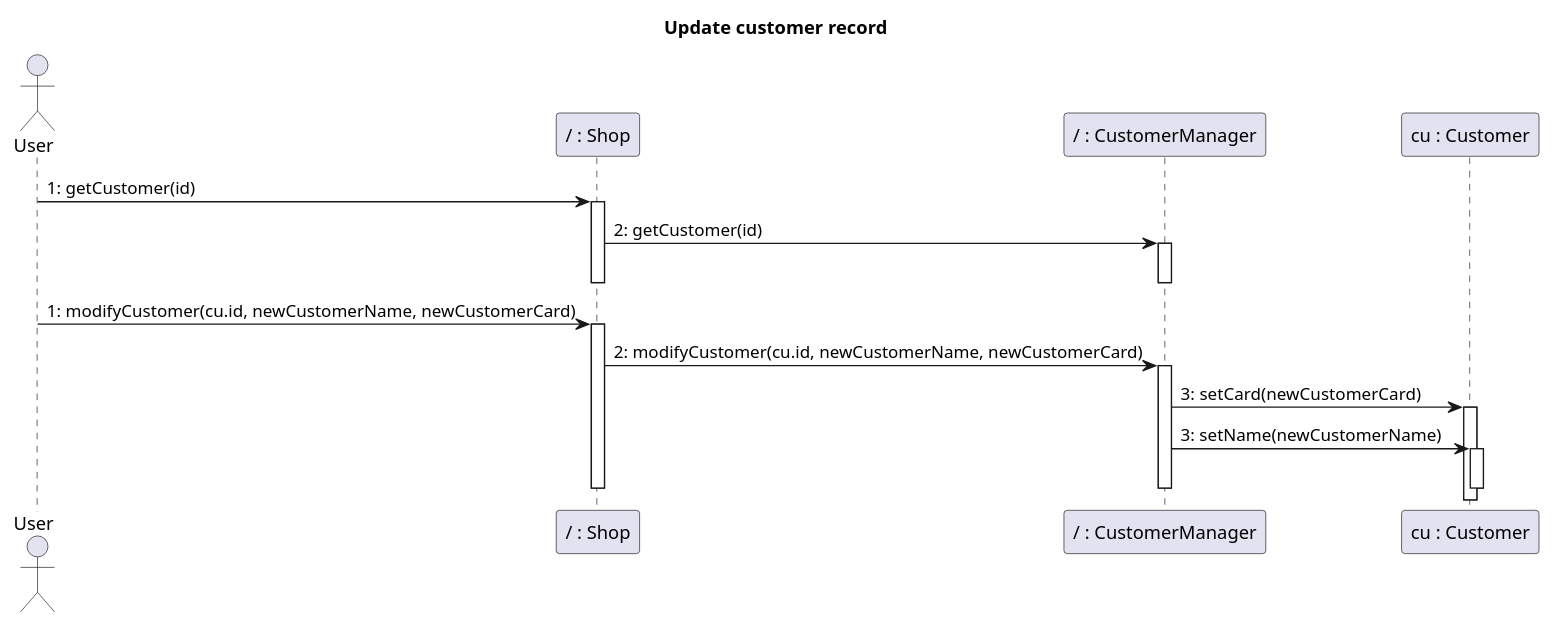
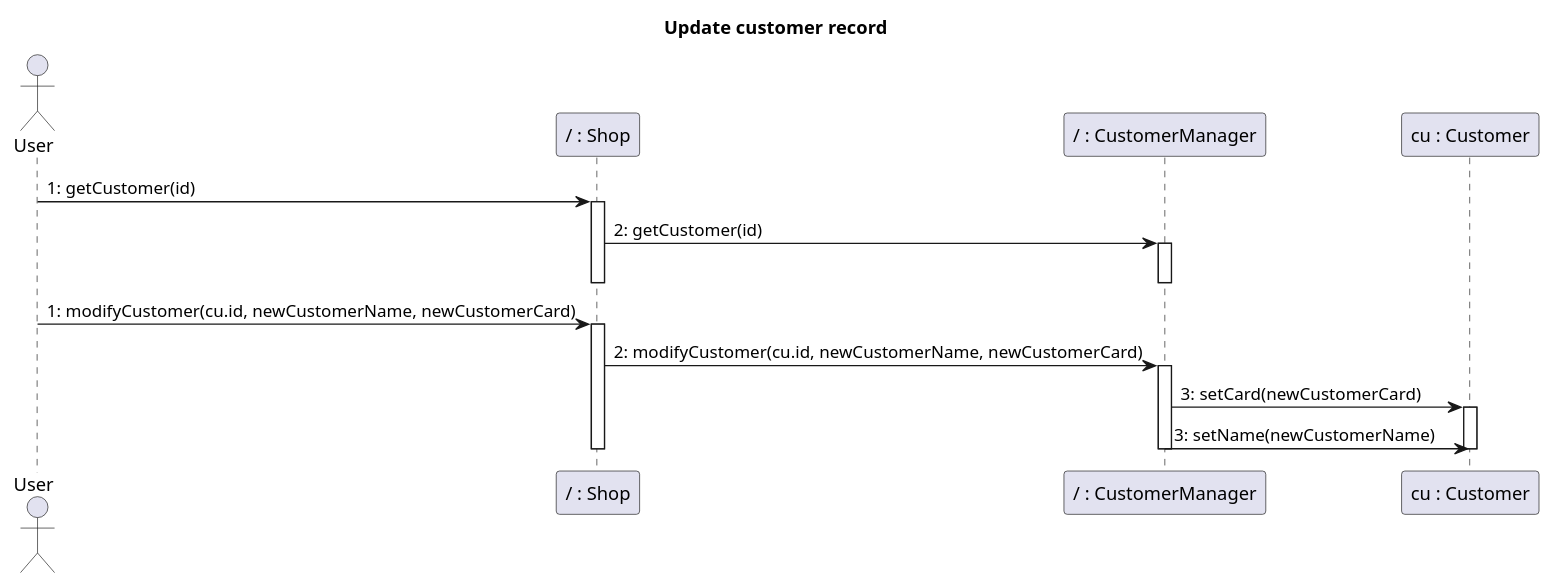
One commit to nicolabattaglino/ezshop changed diagram 17 of 30 in Deliverables/DesignDocument.md. Above: the diagram before and after it, drawn with PlantUML.

````diff
--- a/Deliverables/DesignDocument.md
+++ b/Deliverables/DesignDocument.md
@@ -898,29 +898,28 @@
 ```plantuml
 @startuml
 
 title Update customer record
 actor User
 participant "/ : Shop" as Shop
 participant "/ : CustomerManager" as CustomerManager
 participant "cu : Customer" as Customer
 
 User -> Shop: 1: getCustomer(id)
 activate Shop
 Shop -> CustomerManager: 2: getCustomer(id)
 activate CustomerManager
 deactivate CustomerManager
 deactivate Shop
 
 User -> Shop: 1: modifyCustomer(cu.id, newCustomerName, newCustomerCard)
 activate Shop
 Shop -> CustomerManager: 2: modifyCustomer(cu.id, newCustomerName, newCustomerCard)
 activate CustomerManager
 CustomerManager -> Customer: 3: setCard(newCustomerCard)
 activate Customer
 CustomerManager -> Customer: 3: setName(newCustomerName)
-activate Customer
 deactivate Customer
 deactivate CustomerManager
 deactivate Shop
 @enduml
 ```
````
